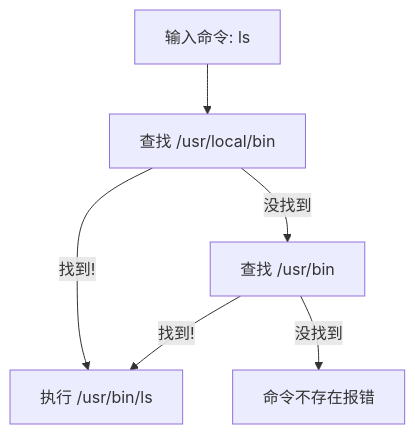
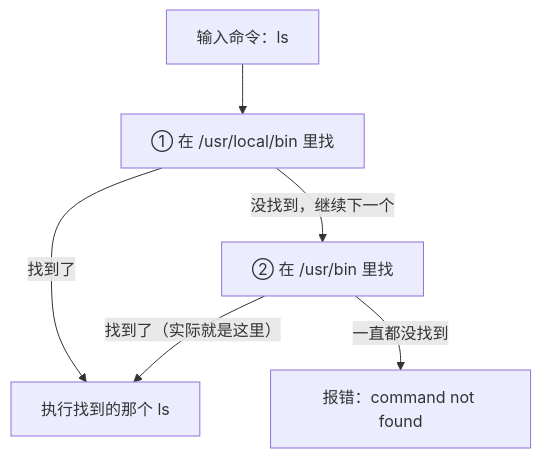
Before and after one commit to before80/prgms: the fifth of 10 diagrams in content/linux/cli_basic/Chapter-05-Terminal-and-Shell-Introduction.md, drawn with Mermaid. The commit also changed other lines of this file and 1645 other files, not shown here.

````diff
--- a/content/linux/cli_basic/Chapter-05-Terminal-and-Shell-Introduction.md
+++ b/content/linux/cli_basic/Chapter-05-Terminal-and-Shell-Introduction.md
@@ -428,8 +433,8 @@
 ```mermaid
 graph TD
-    A[输入命令: ls] --> B[查找 /usr/local/bin]
-    B -->|没找到| C[查找 /usr/bin]
-    C -->|找到!| D[执行 /usr/bin/ls]
-    B -->|找到!| D
-    C -->|没找到| E[命令不存在报错]
+    A["输入命令：ls"] --> B["① 在 /usr/local/bin 里找"]
+    B -->|"没找到，继续下一个"| C["② 在 /usr/bin 里找"]
+    B -->|"找到了"| D["执行找到的那个 ls"]
+    C -->|"找到了（实际就是这里）"| D
+    C -->|"一直都没找到"| E["报错：command not found"]
 ```
````
